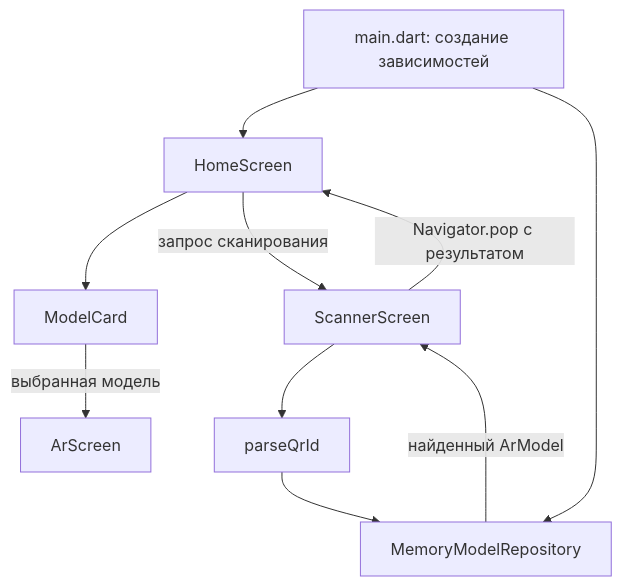
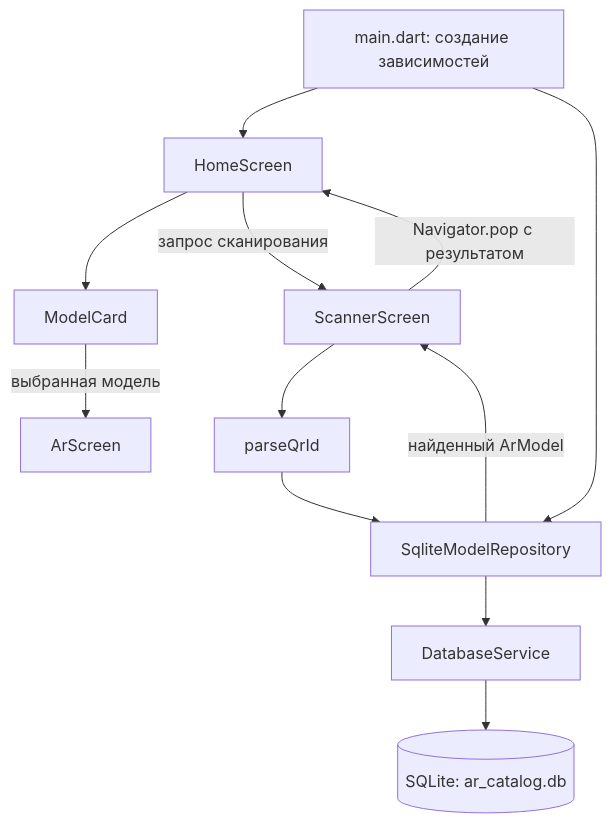
One commit to Dimasyaaa/ar-model-viewer_DART-FLUTTER changed the third of 3 diagrams in README.md. Above: the diagram before and after it, drawn with Mermaid. The commit also changed other lines of this file, not shown here.

````diff
--- a/README.md
+++ b/README.md
@@ -676,12 +779,14 @@
 ```mermaid
 flowchart TD
     M[main.dart: создание зависимостей] --> H[HomeScreen]
-    M --> R[MemoryModelRepository]
+    M --> R[SqliteModelRepository]
+    R --> DS[DatabaseService]
+    DS --> DB[(SQLite: ar_catalog.db)]
     H --> C[ModelCard]
     C -->|выбранная модель| A[ArScreen]
     H -->|запрос сканирования| S[ScannerScreen]
     S --> P[parseQrId]
     P --> R
     R -->|найденный ArModel| S
     S -->|Navigator.pop с результатом| H
 ```
````
